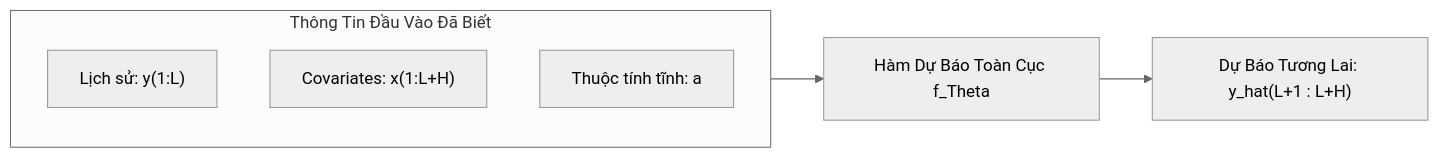
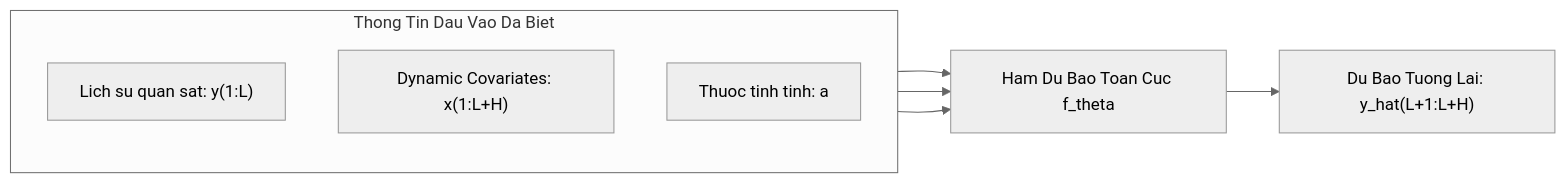
Before and after one commit to snowflake-vibing/Project-Experimental-TiDE: the diagram in doc/03_problem_setting.md, drawn with Mermaid (neutral theme). The commit also changed other lines of this file and 4 other files, not shown here.

Commit message:
fix(docs): format equations and Mermaid in ch3 & ch4, add Feynman glossary for dynamic covariates

````diff
--- a/doc/03_problem_setting.md
+++ b/doc/03_problem_setting.md
@@ -43,11 +60,17 @@
 ```mermaid
 flowchart LR
-    subgraph Inputs["Thông Tin Đầu Vào Đã Biết"]
-        Y_hist["Lịch sử: y(1:L)"]
-        X_all["Covariates: x(1:L+H)"]
-        A_stat["Thuộc tính tĩnh: a"]
+    subgraph Inputs [Thong Tin Dau Vao Da Biet]
+        direction TB
+        Y_hist["Lich su quan sat: y(1:L)"]
+        X_all["Dynamic Covariates: x(1:L+H)"]
+        A_stat["Thuoc tinh tinh: a"]
     end
 
-    Inputs --> Model["Hàm Dự Báo Toàn Cục f_Theta"]
-    Model --> Y_pred["Dự Báo Tương Lai: y_hat(L+1 : L+H)"]
+    Model["Ham Du Bao Toan Cuc f_theta"]
+    Y_pred["Du Bao Tuong Lai: y_hat(L+1:L+H)"]
+
+    Y_hist --> Model
+    X_all --> Model
+    A_stat --> Model
+    Model --> Y_pred
 ```
````
